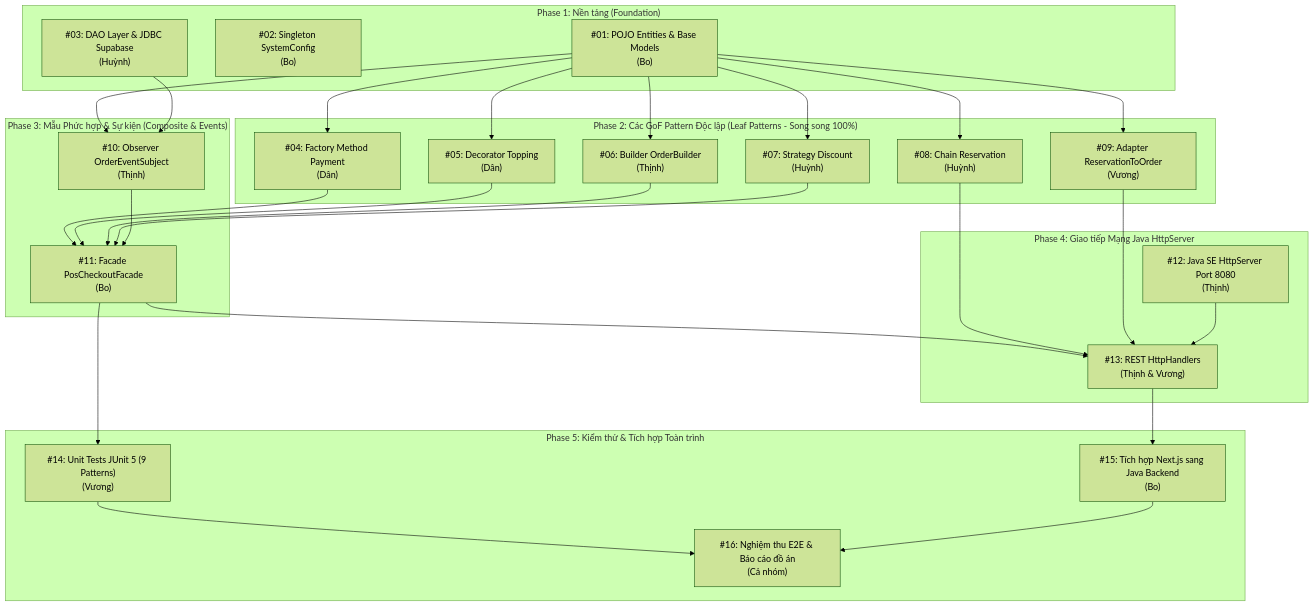
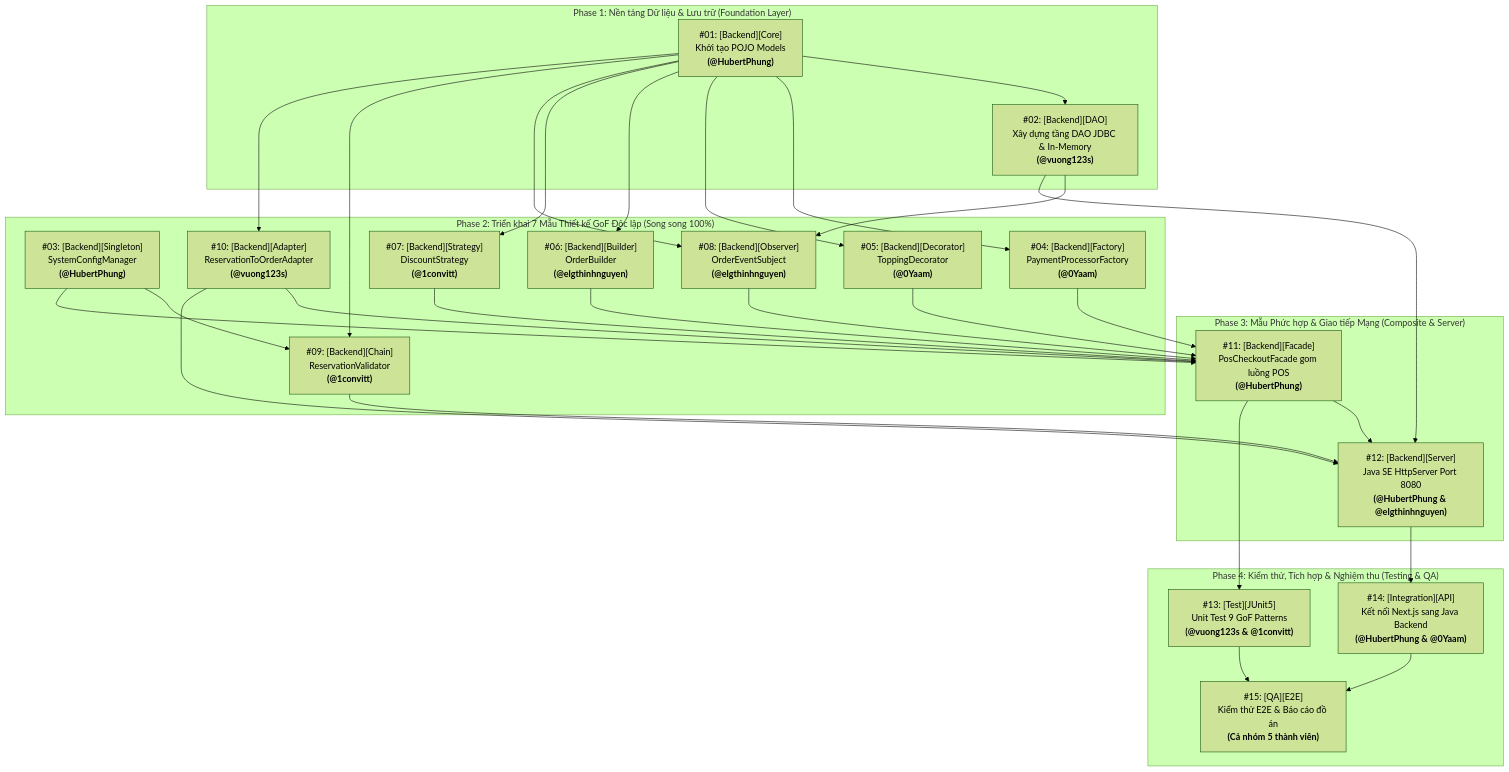
One commit to HubertPhung/WebQuanLyQuanCafe-DesignPatterns changed the diagram in docs/ISSUE_EXECUTION_PLAN.md. Above: the diagram before and after it, drawn with Mermaid (forest theme). The commit also changed other lines of this file and 1 other file, not shown here.

````diff
--- a/docs/ISSUE_EXECUTION_PLAN.md
+++ b/docs/ISSUE_EXECUTION_PLAN.md
@@ -16,59 +16,59 @@
 ```mermaid
-graph TD
-    subgraph Phase_1 ["Phase 1: Nền tảng (Foundation)"]
-        I01["#01: POJO Entities & Base Models<br/>(Bo)"]
-        I02["#02: Singleton SystemConfig<br/>(Bo)"]
-        I03["#03: DAO Layer & JDBC Supabase<br/>(Huỳnh)"]
+flowchart TD
+    subgraph Phase_1 ["Phase 1: Nền tảng Dữ liệu & Lưu trữ (Foundation Layer)"]
+        I01["#01: [Backend][Core]<br/>Khởi tạo POJO Models<br/><b>(@HubertPhung)</b>"]
+        I02["#02: [Backend][DAO]<br/>Xây dựng tầng DAO JDBC & In-Memory<br/><b>(@vuong123s)</b>"]
+        I01 --> I02
     end
 
-    subgraph Phase_2 ["Phase 2: Các GoF Pattern Độc lập (Leaf Patterns - Song song 100%)"]
-        I04["#04: Factory Method Payment<br/>(Dân)"]
-        I05["#05: Decorator Topping<br/>(Dân)"]
-        I06["#06: Builder OrderBuilder<br/>(Thịnh)"]
-        I07["#07: Strategy Discount<br/>(Huỳnh)"]
-        I08["#08: Chain Reservation<br/>(Huỳnh)"]
-        I09["#09: Adapter ReservationToOrder<br/>(Vương)"]
+    subgraph Phase_2 ["Phase 2: Triển khai 7 Mẫu Thiết kế GoF Độc lập (Song song 100%)"]
+        I03["#03: [Backend][Singleton]<br/>SystemConfigManager<br/><b>(@HubertPhung)</b>"]
+        I04["#04: [Backend][Factory]<br/>PaymentProcessorFactory<br/><b>(@0Yaam)</b>"]
+        I05["#05: [Backend][Decorator]<br/>ToppingDecorator<br/><b>(@0Yaam)</b>"]
+        I06["#06: [Backend][Builder]<br/>OrderBuilder<br/><b>(@elgthinhnguyen)</b>"]
+        I07["#07: [Backend][Strategy]<br/>DiscountStrategy<br/><b>(@1convitt)</b>"]
+        I08["#08: [Backend][Observer]<br/>OrderEventSubject<br/><b>(@elgthinhnguyen)</b>"]
+        I09["#09: [Backend][Chain]<br/>ReservationValidator<br/><b>(@1convitt)</b>"]
+        I10["#10: [Backend][Adapter]<br/>ReservationToOrderAdapter<br/><b>(@vuong123s)</b>"]
     end
 
-    subgraph Phase_3 ["Phase 3: Mẫu Phức hợp & Sự kiện (Composite & Events)"]
-        I10["#10: Observer OrderEventSubject<br/>(Thịnh)"]
-        I11["#11: Facade PosCheckoutFacade<br/>(Bo)"]
+    subgraph Phase_3 ["Phase 3: Mẫu Phức hợp & Giao tiếp Mạng (Composite & Server)"]
+        I11["#11: [Backend][Facade]<br/>PosCheckoutFacade gom luồng POS<br/><b>(@HubertPhung)</b>"]
+        I12["#12: [Backend][Server]<br/>Java SE HttpServer Port 8080<br/><b>(@HubertPhung & @elgthinhnguyen)</b>"]
     end
 
-    subgraph Phase_4 ["Phase 4: Giao tiếp Mạng Java HttpServer"]
-        I12["#12: Java SE HttpServer Port 8080<br/>(Thịnh)"]
-        I13["#13: REST HttpHandlers<br/>(Thịnh & Vương)"]
-    end
-
-    subgraph Phase_5 ["Phase 5: Kiểm thử & Tích hợp Toàn trình"]
-        I14["#14: Unit Tests JUnit 5 (9 Patterns)<br/>(Vương)"]
-        I15["#15: Tích hợp Next.js sang Java Backend<br/>(Bo)"]
-        I16["#16: Nghiệm thu E2E & Báo cáo đồ án<br/>(Cả nhóm)"]
+    subgraph Phase_4 ["Phase 4: Kiểm thử, Tích hợp & Nghiệm thu (Testing & QA)"]
+        I13["#13: [Test][JUnit5]<br/>Unit Test 9 GoF Patterns<br/><b>(@vuong123s & @1convitt)</b>"]
+        I14["#14: [Integration][API]<br/>Kết nối Next.js sang Java Backend<br/><b>(@HubertPhung & @0Yaam)</b>"]
+        I15["#15: [QA][E2E]<br/>Kiểm thử E2E & Báo cáo đồ án<br/><b>(Cả nhóm 5 thành viên)</b>"]
     end
 
     %% Dependencies
     I01 --> I04
     I01 --> I05
     I01 --> I06
     I01 --> I07
     I01 --> I08
     I01 --> I09
     I01 --> I10
-    I03 --> I10
+    I02 --> I08
+    I03 --> I09
 
+    I03 --> I11
     I04 --> I11
     I05 --> I11
     I06 --> I11
     I07 --> I11
+    I08 --> I11
     I10 --> I11
 
+    I02 --> I12
+    I09 --> I12
+    I10 --> I12
+    I11 --> I12
+
     I11 --> I13
-    I08 --> I13
-    I09 --> I13
-    I12 --> I13
-
-    I11 --> I14
+    I12 --> I14
     I13 --> I15
-    I14 --> I16
-    I15 --> I16
+    I14 --> I15
 ```
````
